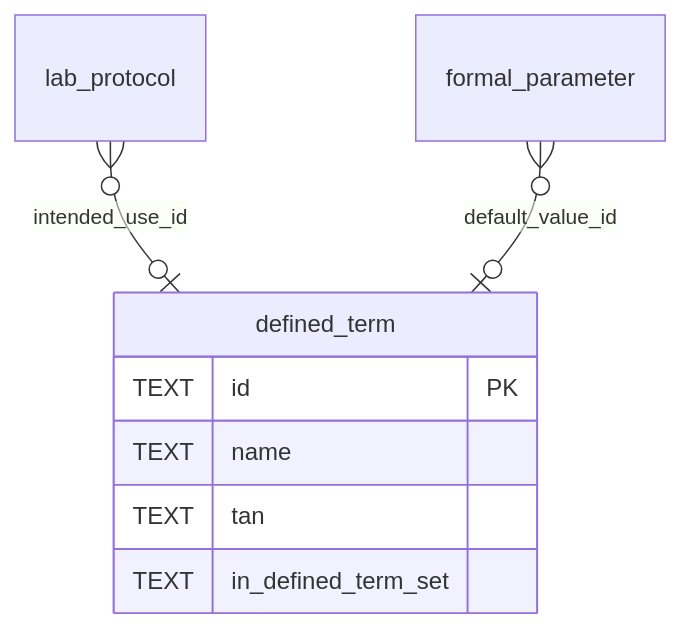
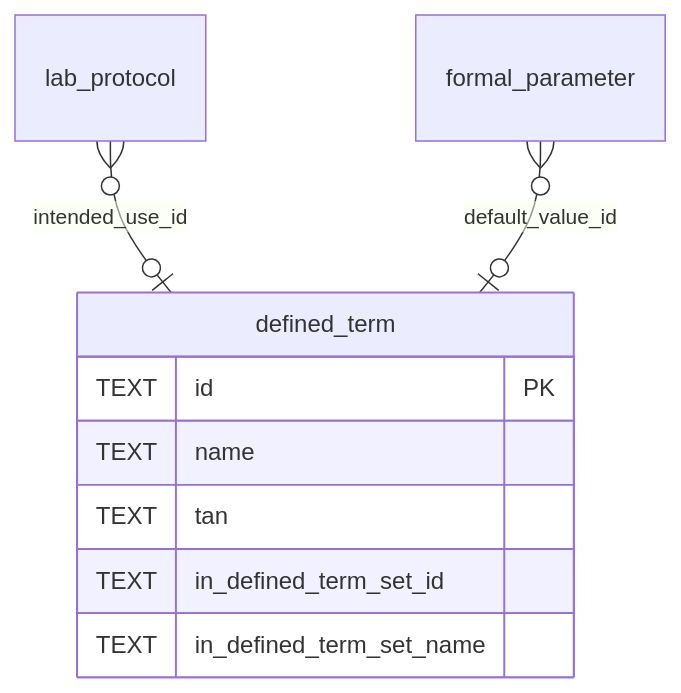
The second of 18 diagrams in schemas/sql/design.md (HLWeil/ProcessCore), drawn with Mermaid before and after one commit. The commit also changed other lines of this file, not shown here.

Commit message:
docs: improve SQL schema design plan

````diff
--- a/schemas/sql/design.md
+++ b/schemas/sql/design.md
@@ -70,11 +73,12 @@
 ```mermaid
 erDiagram
     defined_term {
         TEXT id PK
         TEXT name
         TEXT tan
-        TEXT in_defined_term_set
+        TEXT in_defined_term_set_id
+        TEXT in_defined_term_set_name
     }
     lab_protocol }o--o| defined_term : "intended_use_id"
     formal_parameter }o--o| defined_term : "default_value_id"
 ```
````
